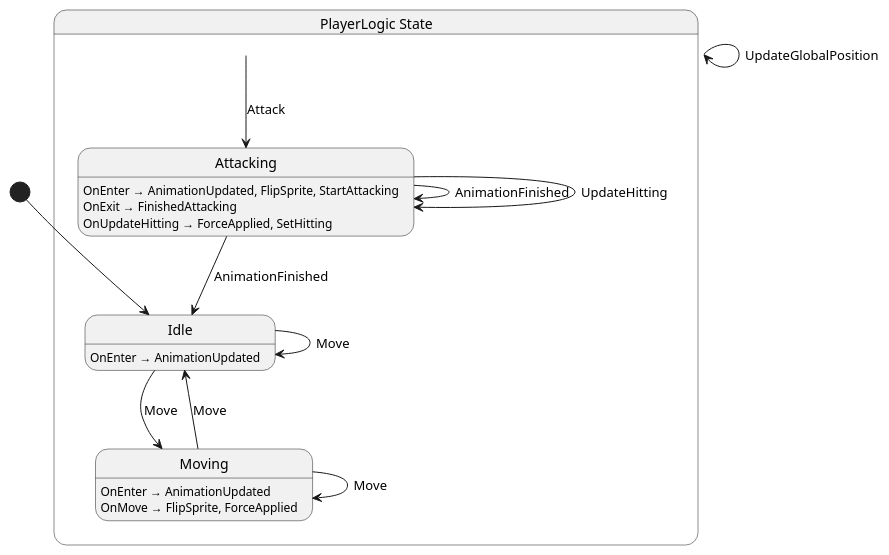
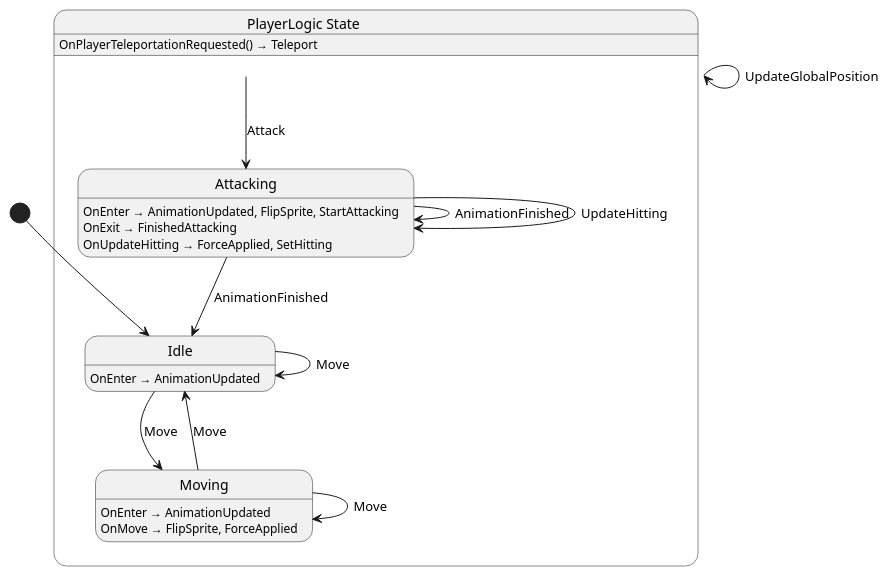
Before and after one commit to nilsiker/godot-wild-jam-77: the diagram in src/player/state/PlayerLogic.g.puml, drawn with PlantUML. The commit also changed 23 other files, not shown here.

```diff
--- a/src/player/state/PlayerLogic.g.puml
+++ b/src/player/state/PlayerLogic.g.puml
@@ -1,26 +1,27 @@
 @startuml PlayerLogic
 state "PlayerLogic State" as Nevergreen_PlayerLogic_State {
   state "Attacking" as Nevergreen_PlayerLogic_State_Attacking
   state "Idle" as Nevergreen_PlayerLogic_State_Idle
   state "Moving" as Nevergreen_PlayerLogic_State_Moving
 }
 
 Nevergreen_PlayerLogic_State --> Nevergreen_PlayerLogic_State : UpdateGlobalPosition
 Nevergreen_PlayerLogic_State --> Nevergreen_PlayerLogic_State_Attacking : Attack
 Nevergreen_PlayerLogic_State_Attacking --> Nevergreen_PlayerLogic_State_Attacking : AnimationFinished
 Nevergreen_PlayerLogic_State_Attacking --> Nevergreen_PlayerLogic_State_Attacking : UpdateHitting
 Nevergreen_PlayerLogic_State_Attacking --> Nevergreen_PlayerLogic_State_Idle : AnimationFinished
 Nevergreen_PlayerLogic_State_Idle --> Nevergreen_PlayerLogic_State_Idle : Move
 Nevergreen_PlayerLogic_State_Idle --> Nevergreen_PlayerLogic_State_Moving : Move
 Nevergreen_PlayerLogic_State_Moving --> Nevergreen_PlayerLogic_State_Idle : Move
 Nevergreen_PlayerLogic_State_Moving --> Nevergreen_PlayerLogic_State_Moving : Move
 
+Nevergreen_PlayerLogic_State : OnPlayerTeleportationRequested() → Teleport
 Nevergreen_PlayerLogic_State_Attacking : OnEnter → AnimationUpdated, FlipSprite, StartAttacking
 Nevergreen_PlayerLogic_State_Attacking : OnExit → FinishedAttacking
 Nevergreen_PlayerLogic_State_Attacking : OnUpdateHitting → ForceApplied, SetHitting
 Nevergreen_PlayerLogic_State_Idle : OnEnter → AnimationUpdated
 Nevergreen_PlayerLogic_State_Moving : OnEnter → AnimationUpdated
 Nevergreen_PlayerLogic_State_Moving : OnMove → FlipSprite, ForceApplied
 
 [*] --> Nevergreen_PlayerLogic_State_Idle
 @enduml
```
